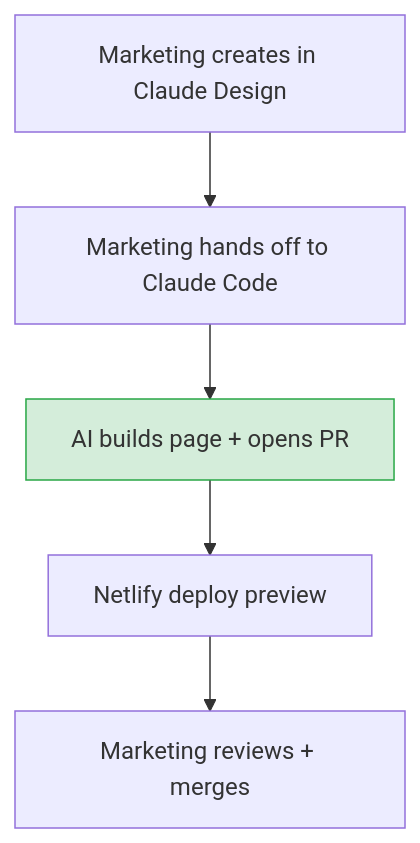
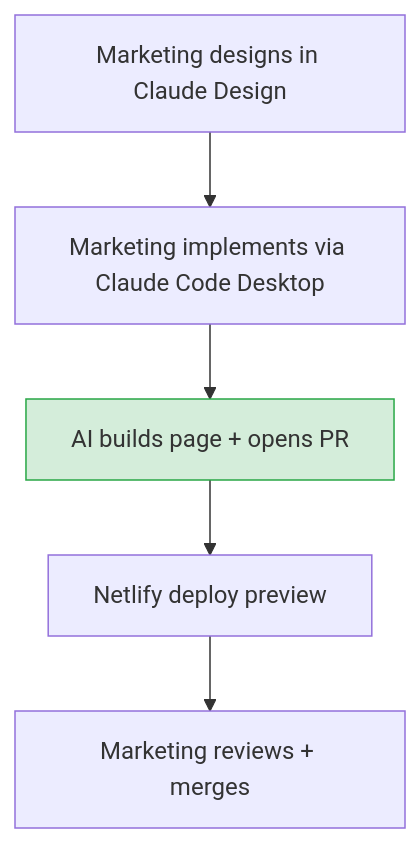
Before and after one commit to phil-inc/phil-us-contentful: the sixth of 13 diagrams in docs/proposal-remove-contentful.md, drawn with Mermaid. The commit also changed other lines of this file, not shown here.

First line of the commit message:
docs: consistently reference Claude Design + Claude Code Desktop together

````diff
--- a/docs/proposal-remove-contentful.md
+++ b/docs/proposal-remove-contentful.md
@@ -128,9 +132,9 @@
 ```mermaid
 flowchart TB
-    A1["Marketing creates in Claude Design"] --> A2["Marketing hands off to Claude Code"]
+    A1["Marketing designs in Claude Design"] --> A2["Marketing implements via Claude Code Desktop"]
     A2 --> A3["AI builds page + opens PR"]
     A3 --> A4["Netlify deploy preview"]
     A4 --> A5["Marketing reviews + merges"]
 
     style A3 fill:#d4edda,stroke:#28a745
 ```
````
